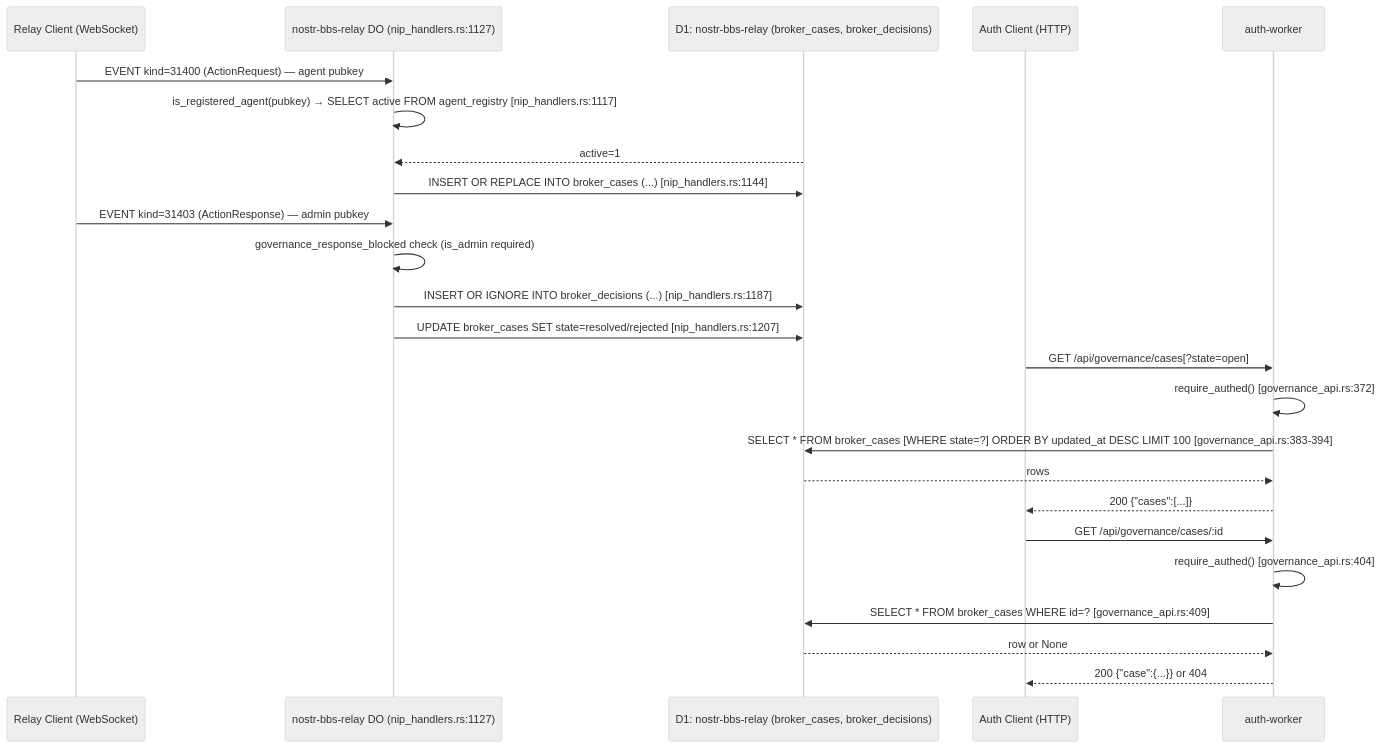
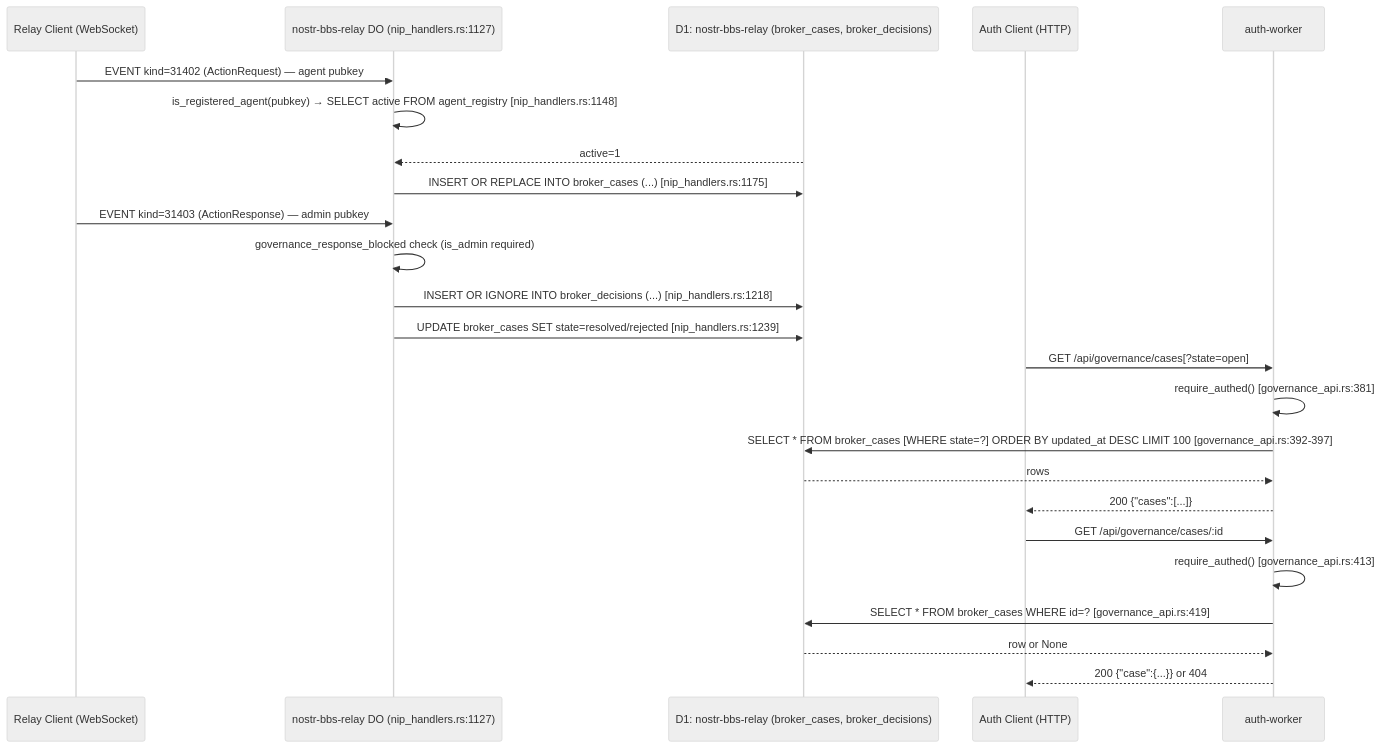
Before and after one commit to DreamLab-AI/nostr-rust-forum: the sixth of 7 diagrams in docs/diagrams/auth-governance-flows.md, drawn with Mermaid (neutral theme). The commit also changed other lines of this file and 5 other files, not shown here.

First line of the commit message:
docs(diagrams): verify mermaid diagrams against code; refresh drifted anchors and label known gaps

````diff
--- a/docs/diagrams/auth-governance-flows.md
+++ b/docs/diagrams/auth-governance-flows.md
@@ -201,30 +204,30 @@
 ```mermaid
 sequenceDiagram
     participant RC as Relay Client (WebSocket)
     participant RDO as nostr-bbs-relay DO (nip_handlers.rs:1127)
     participant D1R as D1: nostr-bbs-relay (broker_cases, broker_decisions)
     participant AC as Auth Client (HTTP)
     participant W as auth-worker
 
-    RC->>RDO: EVENT kind=31400 (ActionRequest) — agent pubkey
-    RDO->>RDO: is_registered_agent(pubkey) → SELECT active FROM agent_registry [nip_handlers.rs:1117]
+    RC->>RDO: EVENT kind=31402 (ActionRequest) — agent pubkey
+    RDO->>RDO: is_registered_agent(pubkey) → SELECT active FROM agent_registry [nip_handlers.rs:1148]
     D1R-->>RDO: active=1
-    RDO->>D1R: INSERT OR REPLACE INTO broker_cases (...) [nip_handlers.rs:1144]
+    RDO->>D1R: INSERT OR REPLACE INTO broker_cases (...) [nip_handlers.rs:1175]
 
     RC->>RDO: EVENT kind=31403 (ActionResponse) — admin pubkey
     RDO->>RDO: governance_response_blocked check (is_admin required)
-    RDO->>D1R: INSERT OR IGNORE INTO broker_decisions (...) [nip_handlers.rs:1187]
-    RDO->>D1R: UPDATE broker_cases SET state=resolved/rejected [nip_handlers.rs:1207]
+    RDO->>D1R: INSERT OR IGNORE INTO broker_decisions (...) [nip_handlers.rs:1218]
+    RDO->>D1R: UPDATE broker_cases SET state=resolved/rejected [nip_handlers.rs:1239]
 
     AC->>W: GET /api/governance/cases[?state=open]
-    W->>W: require_authed() [governance_api.rs:372]
-    W->>D1R: SELECT * FROM broker_cases [WHERE state=?] ORDER BY updated_at DESC LIMIT 100 [governance_api.rs:383-394]
+    W->>W: require_authed() [governance_api.rs:381]
+    W->>D1R: SELECT * FROM broker_cases [WHERE state=?] ORDER BY updated_at DESC LIMIT 100 [governance_api.rs:392-397]
     D1R-->>W: rows
     W-->>AC: 200 {"cases":[...]}
 
     AC->>W: GET /api/governance/cases/:id
-    W->>W: require_authed() [governance_api.rs:404]
-    W->>D1R: SELECT * FROM broker_cases WHERE id=? [governance_api.rs:409]
+    W->>W: require_authed() [governance_api.rs:413]
+    W->>D1R: SELECT * FROM broker_cases WHERE id=? [governance_api.rs:419]
     D1R-->>W: row or None
     W-->>AC: 200 {"case":{...}} or 404
 ```
````
